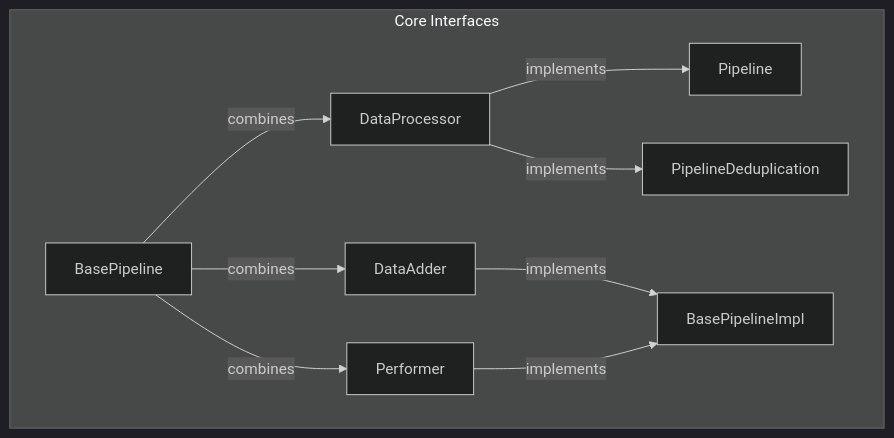
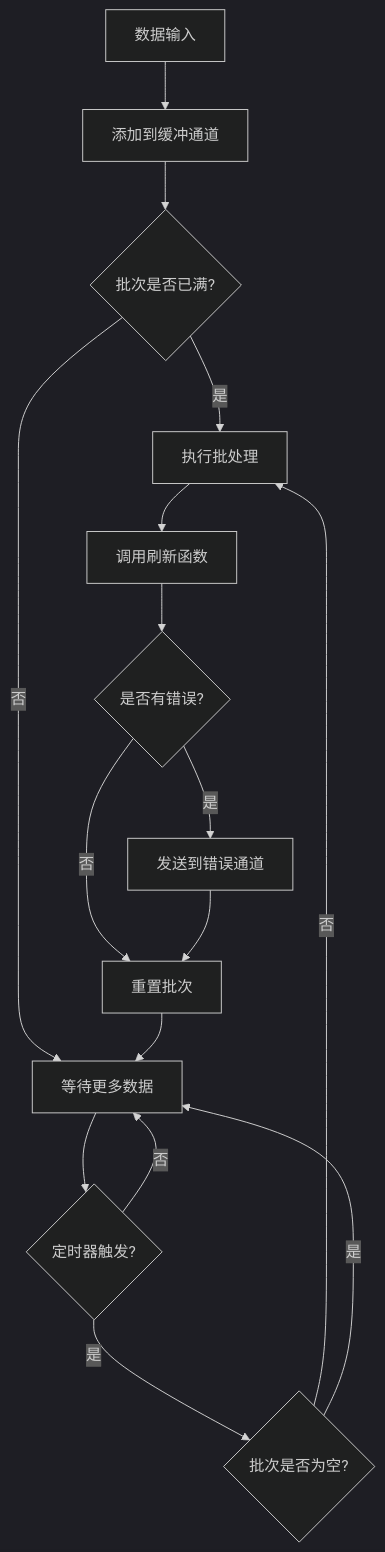
One commit to rushairer/go-pipeline changed the first of 2 diagrams in README.md. Above: the diagram before and after it, drawn with Mermaid (dark theme). The commit also changed other lines of this file and 24 other files, not shown here.

````diff
--- a/README.md
+++ b/README.md
@@ -147,12 +88,18 @@
 ```mermaid
-graph TB
-    subgraph Core Interfaces
-        A[DataProcessor] -->|implements| B[Pipeline]
-        A -->|implements| C[PipelineDeduplication]
-        D[DataAdder] -->|implements| E[BasePipelineImpl]
-        F[Performer] -->|implements| E
-        G[BasePipeline] -->|combines| D
-        G -->|combines| F
-        G -->|combines| A
-    end
+graph TD
+    A[数据输入] --> B[添加到缓冲通道]
+    B --> C{批次是否已满?}
+    C -->|是| D[执行批处理]
+    C -->|否| E[等待更多数据]
+    E --> F{定时器触发?}
+    F -->|是| G{批次是否为空?}
+    G -->|否| D
+    G -->|是| E
+    F -->|否| E
+    D --> H[调用刷新函数]
+    H --> I{是否有错误?}
+    I -->|是| J[发送到错误通道]
+    I -->|否| K[重置批次]
+    J --> K
+    K --> E
 ```
````
